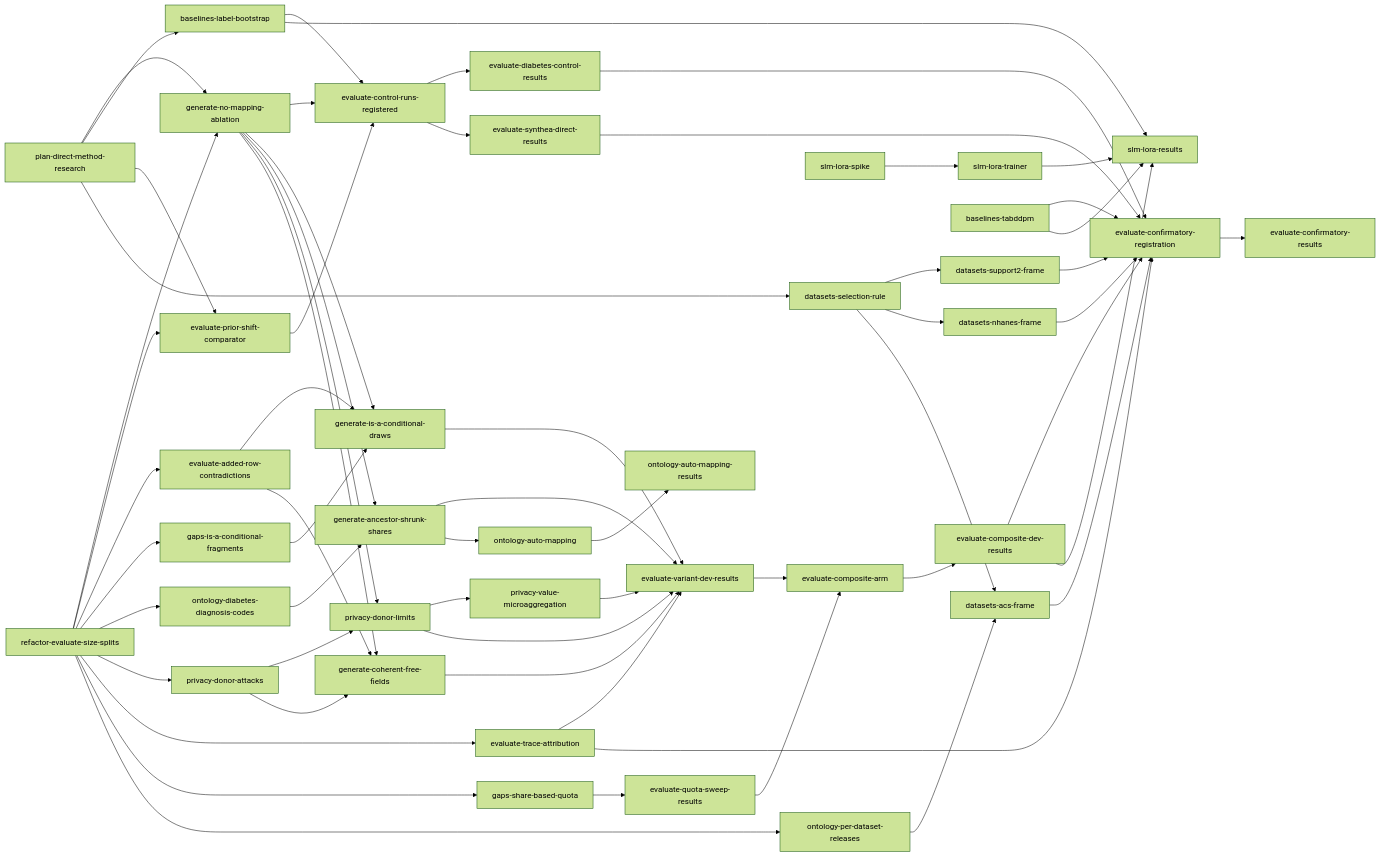
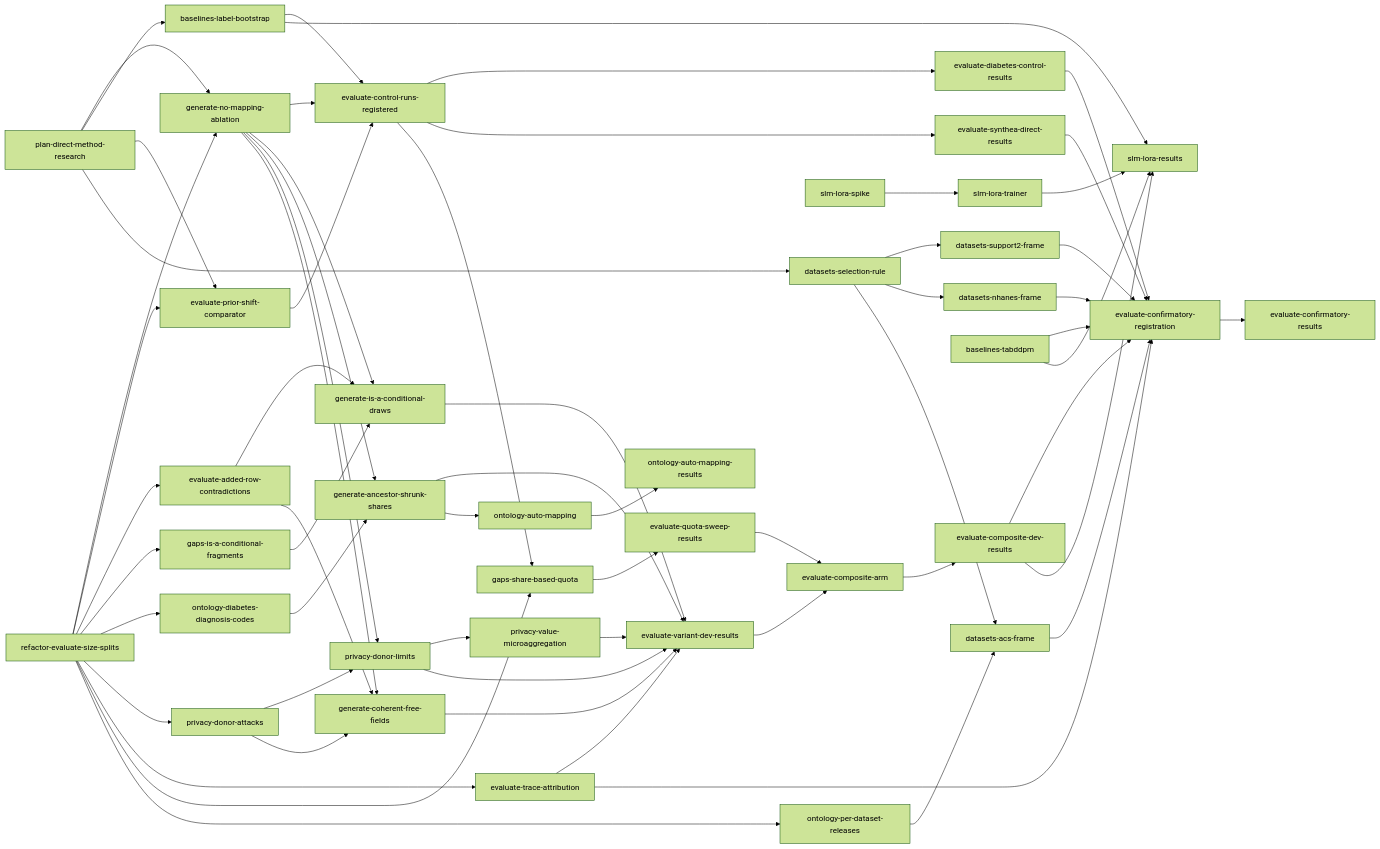
One commit to joe-dartmouth/synthetic changed the diagram in tasks/direct-index.md. Above: the diagram before and after it, drawn with Mermaid (forest theme). The commit also changed other lines of this file and 3 other files, not shown here.

````diff
--- a/tasks/direct-index.md
+++ b/tasks/direct-index.md
@@ -77,62 +77,63 @@
 ```mermaid
 flowchart LR
     u1[plan-direct-method-research] --> u3[generate-no-mapping-ablation]
     u2[refactor-evaluate-size-splits] --> u3
     u1 --> u4[baselines-label-bootstrap]
     u1 --> u5[evaluate-prior-shift-comparator]
     u2 --> u5
     u3 --> u6[evaluate-control-runs-registered]
     u4 --> u6
     u5 --> u6
     u6 --> u7[evaluate-diabetes-control-results]
     u6 --> u8[evaluate-synthea-direct-results]
     u2 --> u9[evaluate-added-row-contradictions]
     u2 --> u10[gaps-is-a-conditional-fragments]
     u3 --> u11[generate-is-a-conditional-draws]
     u10 --> u11
     u9 --> u11
     u2 --> u12[ontology-diabetes-diagnosis-codes]
     u3 --> u13[generate-ancestor-shrunk-shares]
     u12 --> u13
     u2 --> u14[privacy-donor-attacks]
     u3 --> u15[privacy-donor-limits]
     u14 --> u15
     u15 --> u16[privacy-value-microaggregation]
     u3 --> u17[generate-coherent-free-fields]
     u9 --> u17
     u14 --> u17
     u2 --> u18[evaluate-trace-attribution]
     u11 --> u19[evaluate-variant-dev-results]
     u13 --> u19
     u15 --> u19
     u16 --> u19
     u17 --> u19
     u18 --> u19
     u2 --> u20[gaps-share-based-quota]
+    u6 --> u20
     u20 --> u21[evaluate-quota-sweep-results]
     u1 --> u23[datasets-selection-rule]
     u2 --> u24[ontology-per-dataset-releases]
     u23 --> u25[datasets-support2-frame]
     u23 --> u26[datasets-nhanes-frame]
     u23 --> u27[datasets-acs-frame]
     u24 --> u27
     u19 --> u28[evaluate-composite-arm]
     u21 --> u28
     u28 --> u29[evaluate-composite-dev-results]
     u7 --> u30[evaluate-confirmatory-registration]
     u8 --> u30
     u18 --> u30
     u22[baselines-tabddpm] --> u30
     u25 --> u30
     u26 --> u30
     u27 --> u30
     u29 --> u30
     u30 --> u31[evaluate-confirmatory-results]
     u13 --> u32[ontology-auto-mapping]
     u32 --> u33[ontology-auto-mapping-results]
     u34[slm-lora-spike] --> u35[slm-lora-trainer]
     u29 --> u36[slm-lora-results]
     u35 --> u36
     u4 --> u36
     u22 --> u36
 ```
````
